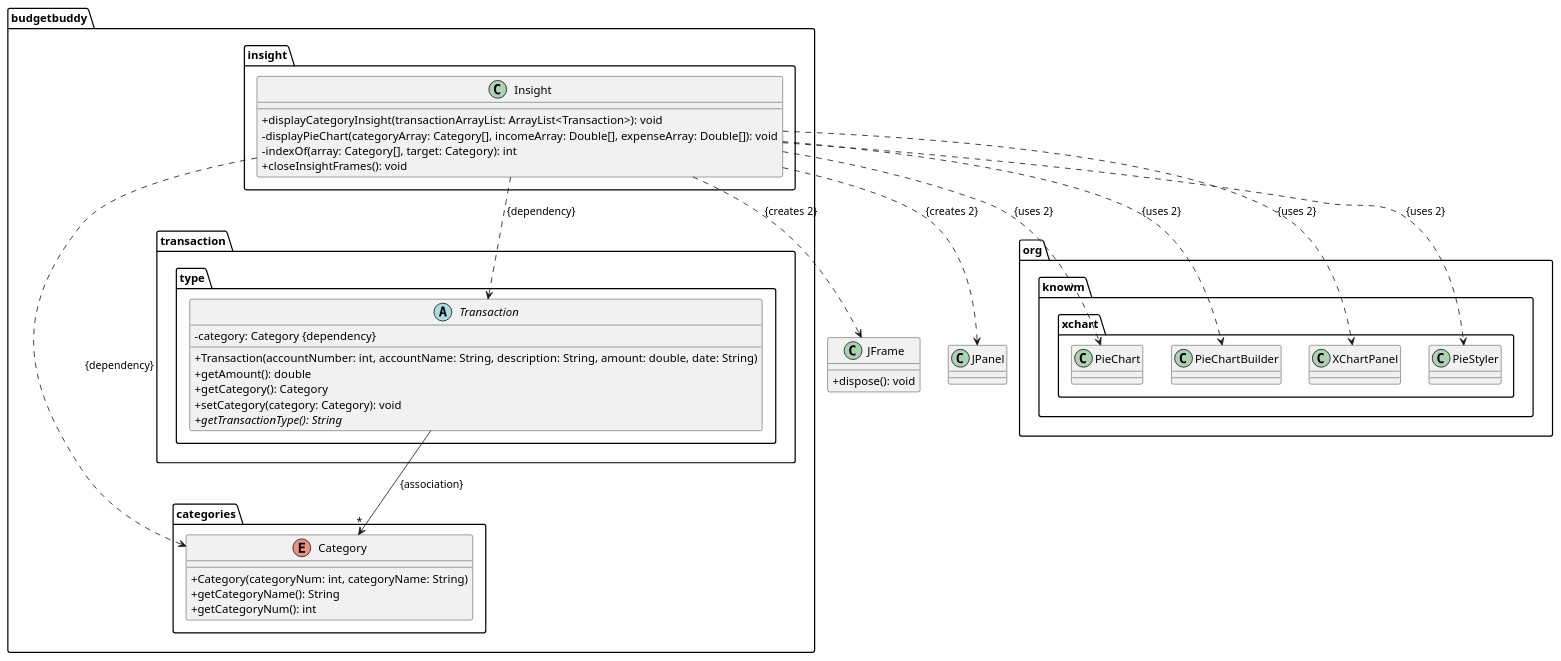
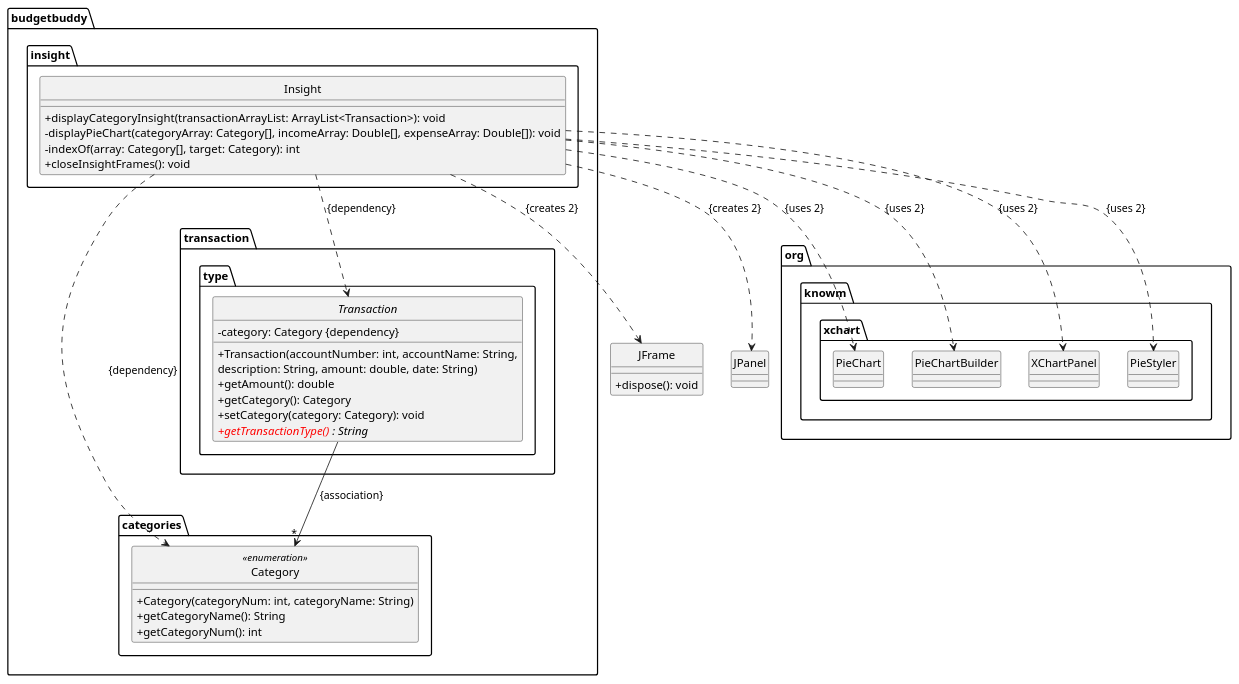
The diagram in docs/uml/insightDiagram.puml (Vavinan/tp), drawn with PlantUML before and after one commit. The commit also changed 1 other file, not shown here.

Commit message:
Update puml class diagram to follow standards

```diff
--- a/docs/uml/insightDiagram.puml
+++ b/docs/uml/insightDiagram.puml
@@ -1,53 +1,57 @@
 @startuml
 skinparam classAttributeIconSize 0
+hide abstract circle
+hide class circle
+hide enum circle
 package budgetbuddy.insight {
     class Insight {
         +displayCategoryInsight(transactionArrayList: ArrayList<Transaction>): void
         -displayPieChart(categoryArray: Category[], incomeArray: Double[], expenseArray: Double[]): void
         -indexOf(array: Category[], target: Category): int
         +closeInsightFrames(): void
     }
 }
 
 package budgetbuddy.categories {
-    enum Category {
+    enum Category <<enumeration>> {
         +Category(categoryNum: int, categoryName: String)
         +getCategoryName(): String
         +getCategoryNum(): int
     }
 }
 
 package budgetbuddy.transaction.type {
-    abstract class Transaction {
+    abstract class Transaction{
         -category: Category {dependency}
-        +Transaction(accountNumber: int, accountName: String, description: String, amount: double, date: String)
+        +Transaction(accountNumber: int, accountName: String,
+            description: String, amount: double, date: String)
         +getAmount(): double
         +getCategory(): Category
         +setCategory(category: Category): void
-        {abstract} +getTransactionType(): String
+        <color: Red>{abstract} +getTransactionType() </color>: String
     }
 }
 
 package org.knowm.xchart {
     class PieChart
     class PieChartBuilder
     class XChartPanel
     class PieStyler
 }
 
 class JFrame {
     +dispose(): void
 }
 class JPanel
 
 Insight ...>  Category : " {dependency}        "
 Insight ..>   Transaction: {dependency}
 Transaction --> "*" Category: {association}
 Insight ..>  JFrame :{creates 2}
 Insight ..>  JPanel: {creates 2}
 Insight ..>  PieChart: {uses 2}
 Insight ..>  PieChartBuilder: {uses 2}
 Insight ..>  XChartPanel :{uses 2}
 Insight ..>  PieStyler: {uses 2}
 
 @enduml
```
